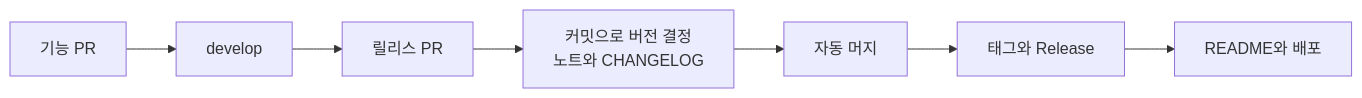
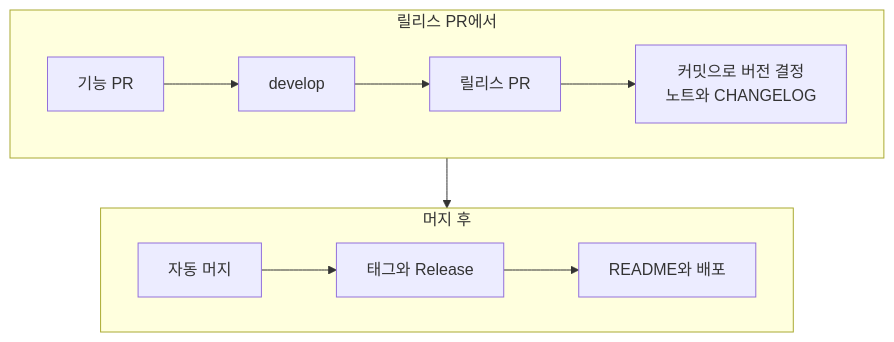
Before and after one commit to Twin-Fang/project-auto-wizard: the first of 2 diagrams in README.ko.md, drawn with Mermaid. The commit also changed 3 other files, not shown here.

Commit message:
docs: README pr-flow 흐름도를 릴리스 PR과 머지 이후 두 줄로 나눔 (#416)

````diff
--- a/README.ko.md
+++ b/README.ko.md
@@ -123,4 +123,12 @@
 ```mermaid
-flowchart LR
-    A["기능 PR"] --> B["develop"] --> C["릴리스 PR"] --> D["커밋으로 버전 결정<br/>노트와 CHANGELOG"] --> E["자동 머지"] --> F["태그와 Release"] --> G["README와 배포"]
+flowchart TD
+    subgraph S1["릴리스 PR에서"]
+        direction LR
+        A["기능 PR"] --> B["develop"] --> C["릴리스 PR"] --> D["커밋으로 버전 결정<br/>노트와 CHANGELOG"]
+    end
+    subgraph S2["머지 후"]
+        direction LR
+        E["자동 머지"] --> F["태그와 Release"] --> G["README와 배포"]
+    end
+    D --> E
 ```
````
